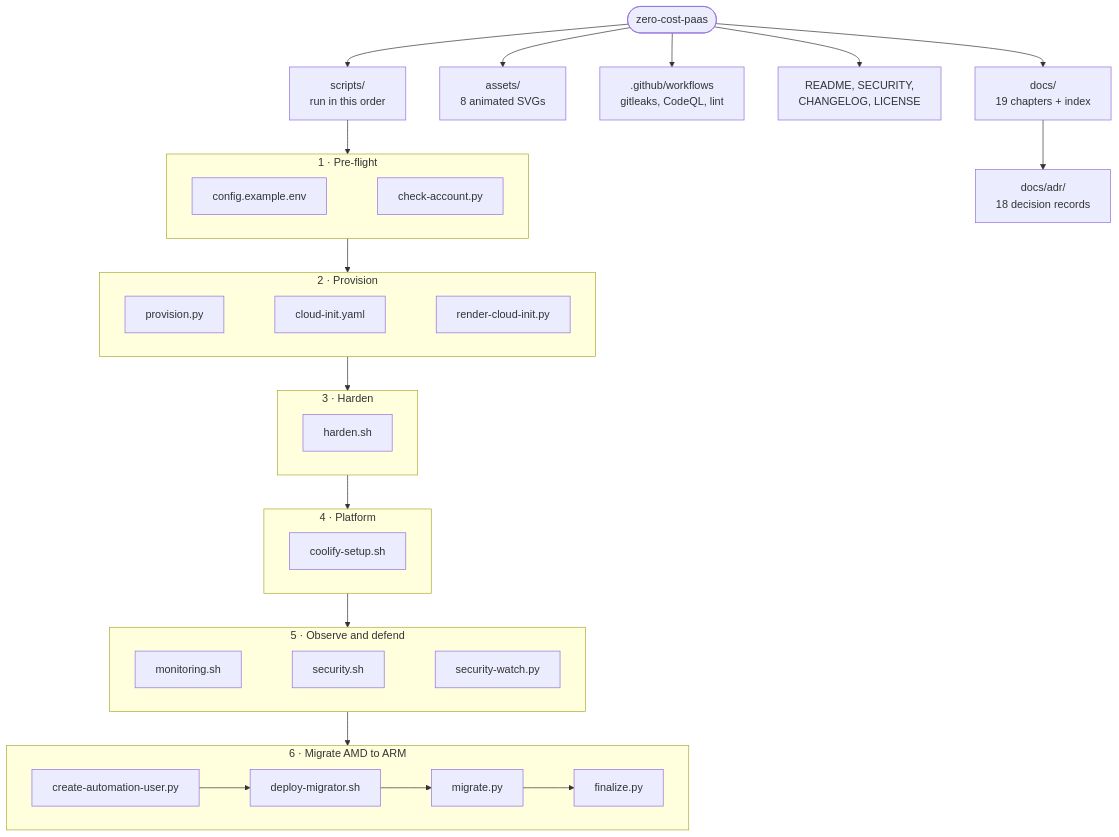
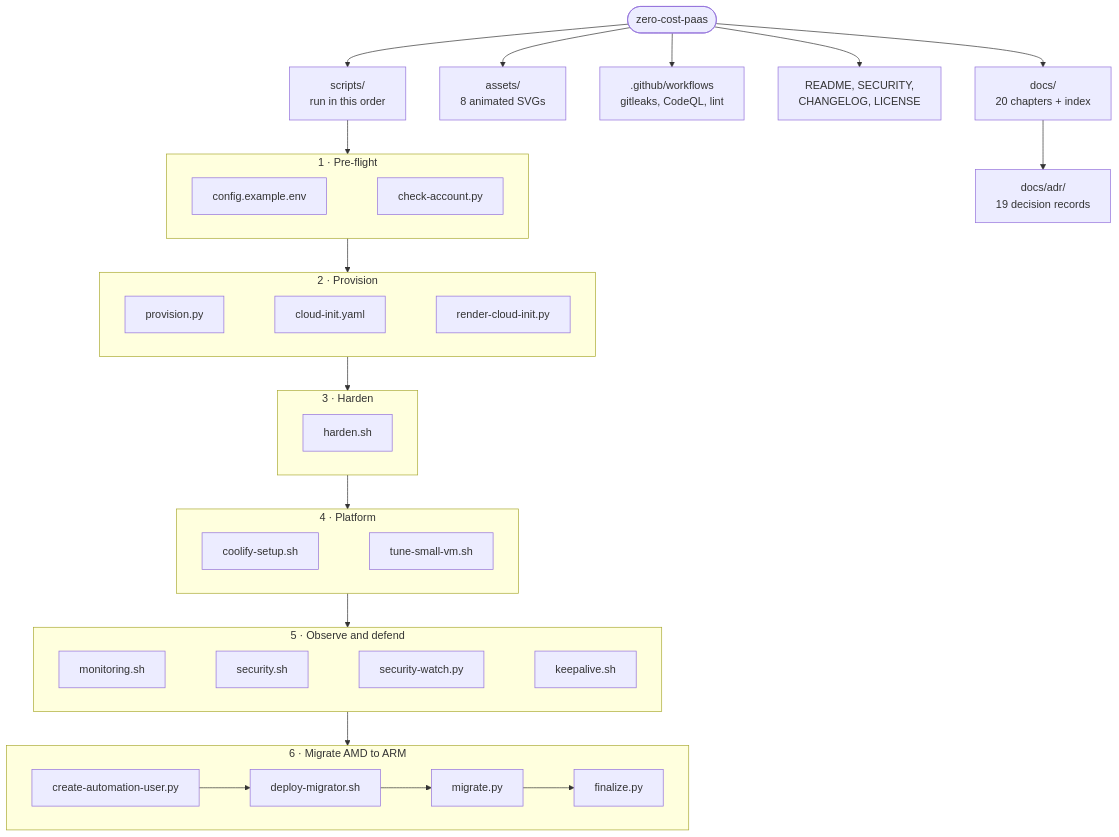
The second of 2 diagrams in README.md (855princekumar/zero-cost-paas), drawn with Mermaid before and after one commit. The commit also changed other lines of this file and 11 other files, not shown here.

````diff
--- a/README.md
+++ b/README.md
@@ -313,34 +315,34 @@
 ```mermaid
 flowchart TB
     root(["zero-cost-paas"])
-    root --> docs["docs/<br/>19 chapters + index"] & assets["assets/<br/>8 animated SVGs"] & ci[".github/workflows<br/>gitleaks, CodeQL, lint"] & meta["README, SECURITY,<br/>CHANGELOG, LICENSE"]
-    docs --> adr["docs/adr/<br/>18 decision records"]
+    root --> docs["docs/<br/>20 chapters + index"] & assets["assets/<br/>8 animated SVGs"] & ci[".github/workflows<br/>gitleaks, CodeQL, lint"] & meta["README, SECURITY,<br/>CHANGELOG, LICENSE"]
+    docs --> adr["docs/adr/<br/>19 decision records"]
     root --> scripts["scripts/<br/>run in this order"]
 
     subgraph p1["1 · Pre-flight"]
         direction LR
         cfg["config.example.env"] ~~~ chk["check-account.py"]
     end
     subgraph p2["2 · Provision"]
         direction LR
         prov["provision.py"] ~~~ cinit["cloud-init.yaml"] ~~~ rci["render-cloud-init.py"]
     end
     subgraph p3["3 · Harden"]
         direction LR
         hard["harden.sh"]
     end
     subgraph p4["4 · Platform"]
         direction LR
-        cool["coolify-setup.sh"]
+        cool["coolify-setup.sh"] ~~~ tune["tune-small-vm.sh"]
     end
     subgraph p5["5 · Observe and defend"]
         direction LR
-        mon["monitoring.sh"] ~~~ sec["security.sh"] ~~~ sw["security-watch.py"]
+        mon["monitoring.sh"] ~~~ sec["security.sh"] ~~~ sw["security-watch.py"] ~~~ ka["keepalive.sh"]
     end
     subgraph p6["6 · Migrate AMD to ARM"]
         direction LR
         iam["create-automation-user.py"] --> dep["deploy-migrator.sh"] --> mig["migrate.py"] --> fin["finalize.py"]
     end
 
     scripts --> p1 --> p2 --> p3 --> p4 --> p5 --> p6
 ```
````
